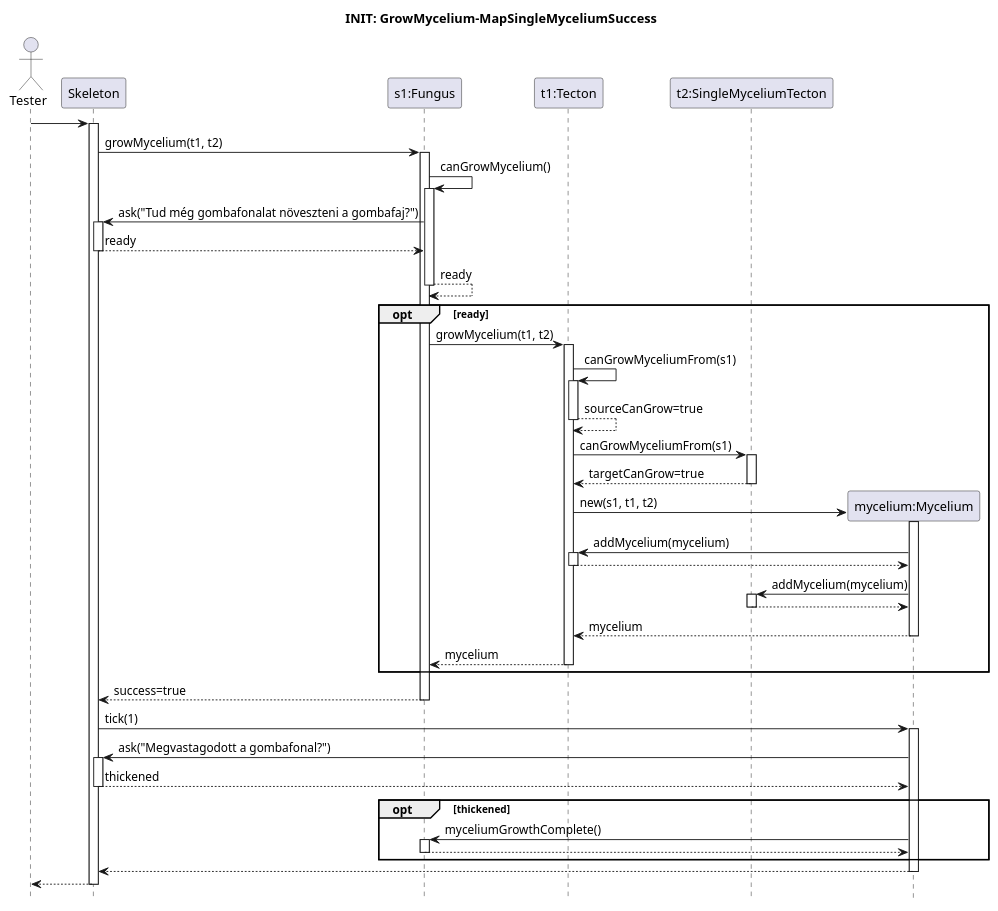
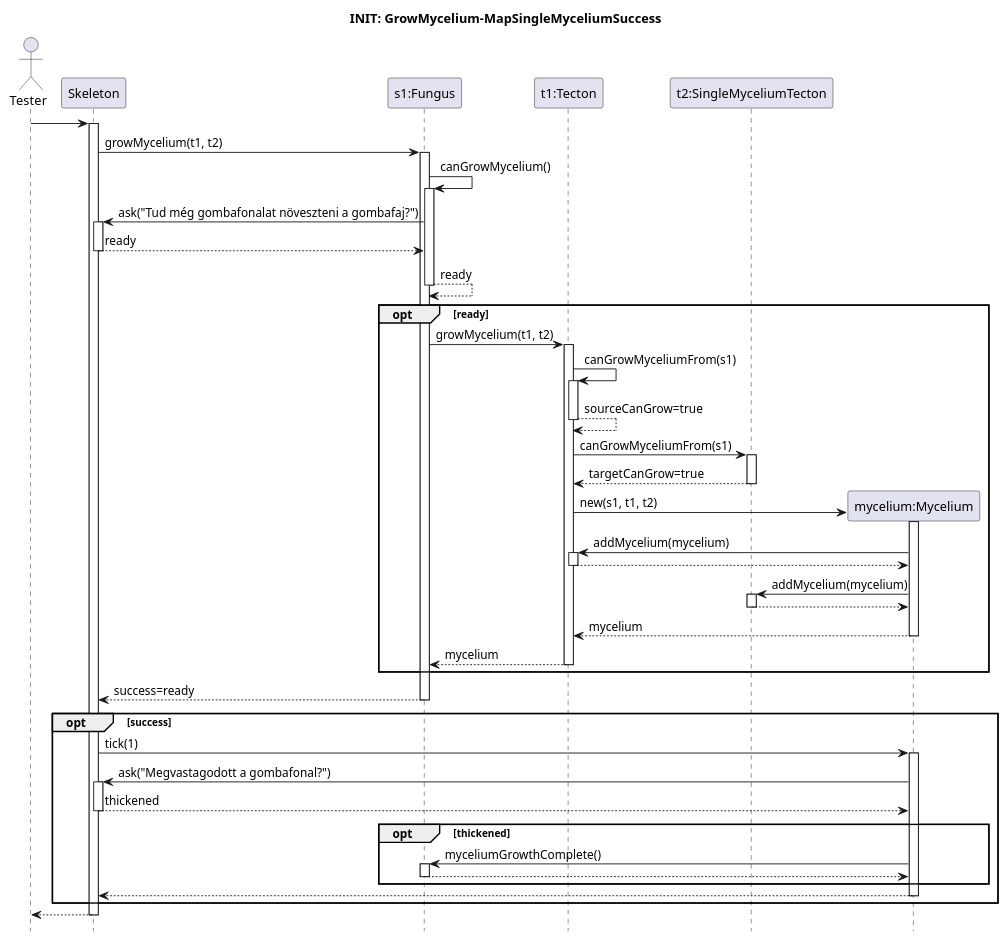
The diagram in Skeleton/Grow-mycelium/singlemycelium-success.pu (ZD4ve/projlab-error521), drawn with PlantUML before and after one commit. The commit also changed 7 other files, not shown here.

```diff
--- a/Skeleton/Grow-mycelium/singlemycelium-success.pu
+++ b/Skeleton/Grow-mycelium/singlemycelium-success.pu
@@ -1,74 +1,75 @@
 @startuml grow-mycelium-success
 hide footbox
 
 title INIT: GrowMycelium-MapSingleMyceliumSuccess
 
 actor Tester
 participant Skeleton
 participant "s1:Fungus" as species
 participant "t1:Tecton" as source
 participant "t2:SingleMyceliumTecton" as target
 participant "mycelium:Mycelium" as mycelium
 
 Tester -> Skeleton
 activate Skeleton
 
 Skeleton -> species : growMycelium(t1, t2)
 activate species
 
 species -> species : canGrowMycelium()
 activate species
 
 Skeleton <- species : ask("Tud még gombafonalat növeszteni a gombafaj?")
 activate Skeleton
 return ready
 
 return ready
 
 opt ready
 
     species -> source : growMycelium(t1, t2)
     activate source
         source -> source : canGrowMyceliumFrom(s1)
         activate source
         return sourceCanGrow=true
 
         source -> target : canGrowMyceliumFrom(s1)
         activate target
         return targetCanGrow=true
 
         create mycelium
         source -> mycelium : new(s1, t1, t2)
         activate mycelium
 
         mycelium -> source : addMycelium(mycelium)
         activate source
         return
 
         mycelium -> target : addMycelium(mycelium)
         activate target
         return
 
         return mycelium
 
     return mycelium
 end
-return success=true
+return success=ready
 
-Skeleton -> mycelium : tick(1)
-activate mycelium
+opt success
+    Skeleton -> mycelium : tick(1)
+    activate mycelium
 
-Skeleton <- mycelium : ask("Megvastagodott a gombafonal?")
-activate Skeleton
-return thickened
+    Skeleton <- mycelium : ask("Megvastagodott a gombafonal?")
+    activate Skeleton
+    return thickened
 
-opt thickened 
-    mycelium -> species : myceliumGrowthComplete()
-    activate species
+    opt thickened 
+        mycelium -> species : myceliumGrowthComplete()
+        activate species
+        return
+    end
+
     return
 end
-
-return
-
 return
 @enduml
```
